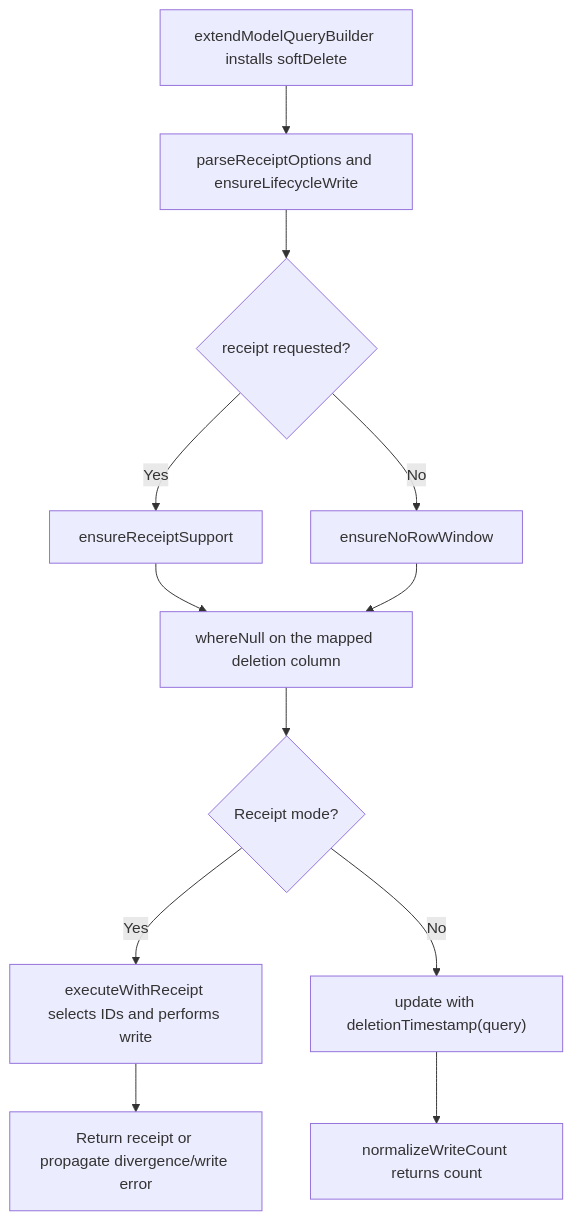
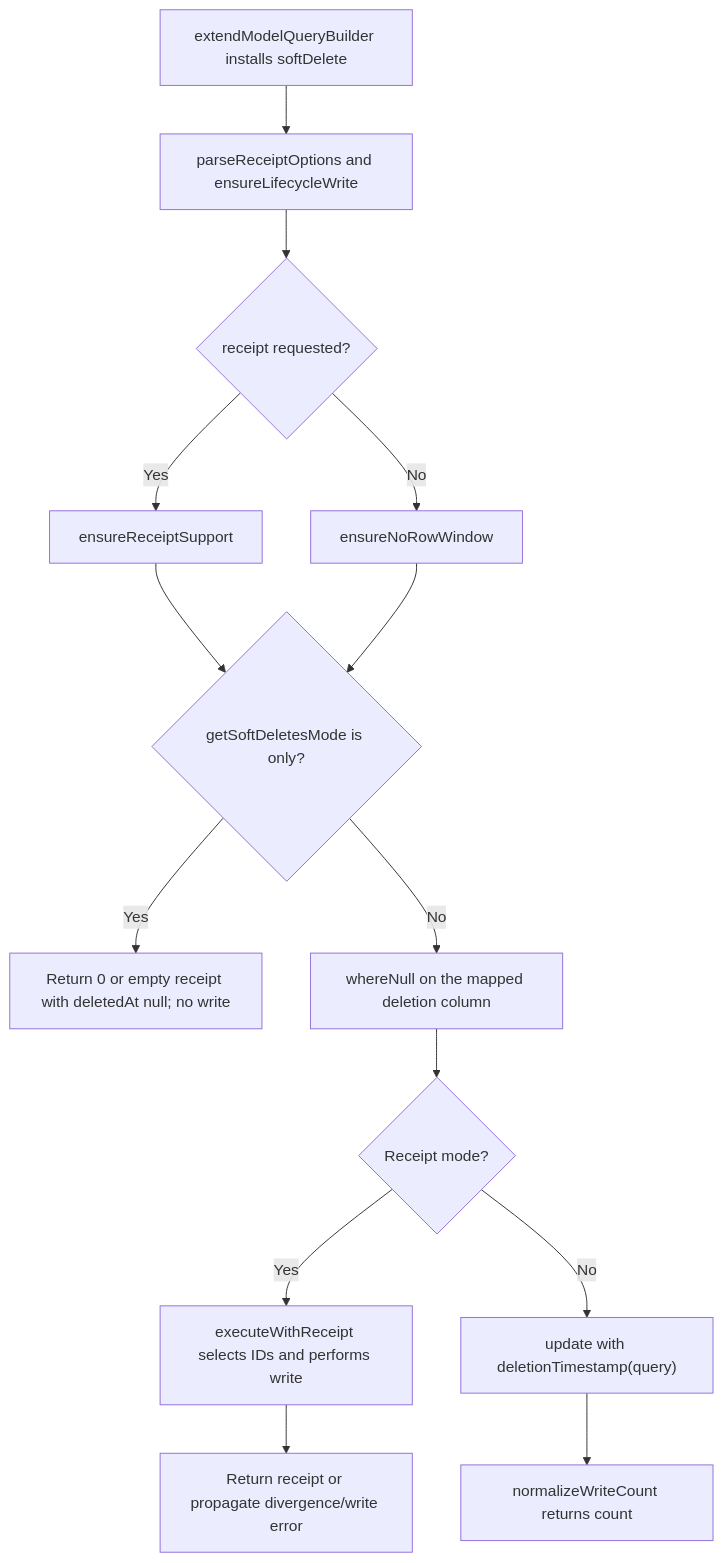
The second of 2 diagrams in user-stories/bulk-operations/us-app-05-bulk-lifecycle.md (Kevinjohn/oss-adonisjs-lucid-soft-delete), drawn with Mermaid before and after one commit. The commit also changed other lines of this file and 1 other file, not shown here.

Commit message:
docs: clarify catalogue behavior and recovery boundaries

````diff
--- a/user-stories/bulk-operations/us-app-05-bulk-lifecycle.md
+++ b/user-stories/bulk-operations/us-app-05-bulk-lifecycle.md
@@ -39,14 +41,16 @@
 ```mermaid
 flowchart TD
     A["extendModelQueryBuilder installs softDelete"] --> B["parseReceiptOptions and ensureLifecycleWrite"]
     B --> C{"receipt requested?"}
     C -->|Yes| D["ensureReceiptSupport"]
     C -->|No| E["ensureNoRowWindow"]
-    D --> F["whereNull on the mapped deletion column"]
-    E --> F
+    D --> L{"getSoftDeletesMode is only?"}
+    E --> L
+    L -->|Yes| M["Return 0 or empty receipt with deletedAt null; no write"]
+    L -->|No| F["whereNull on the mapped deletion column"]
     F --> G{"Receipt mode?"}
     G -->|Yes| H["executeWithReceipt selects IDs and performs write"]
     G -->|No| I["update with deletionTimestamp(query)"]
     H --> J["Return receipt or propagate divergence/write error"]
     I --> K["normalizeWriteCount returns count"]
 ```
````
